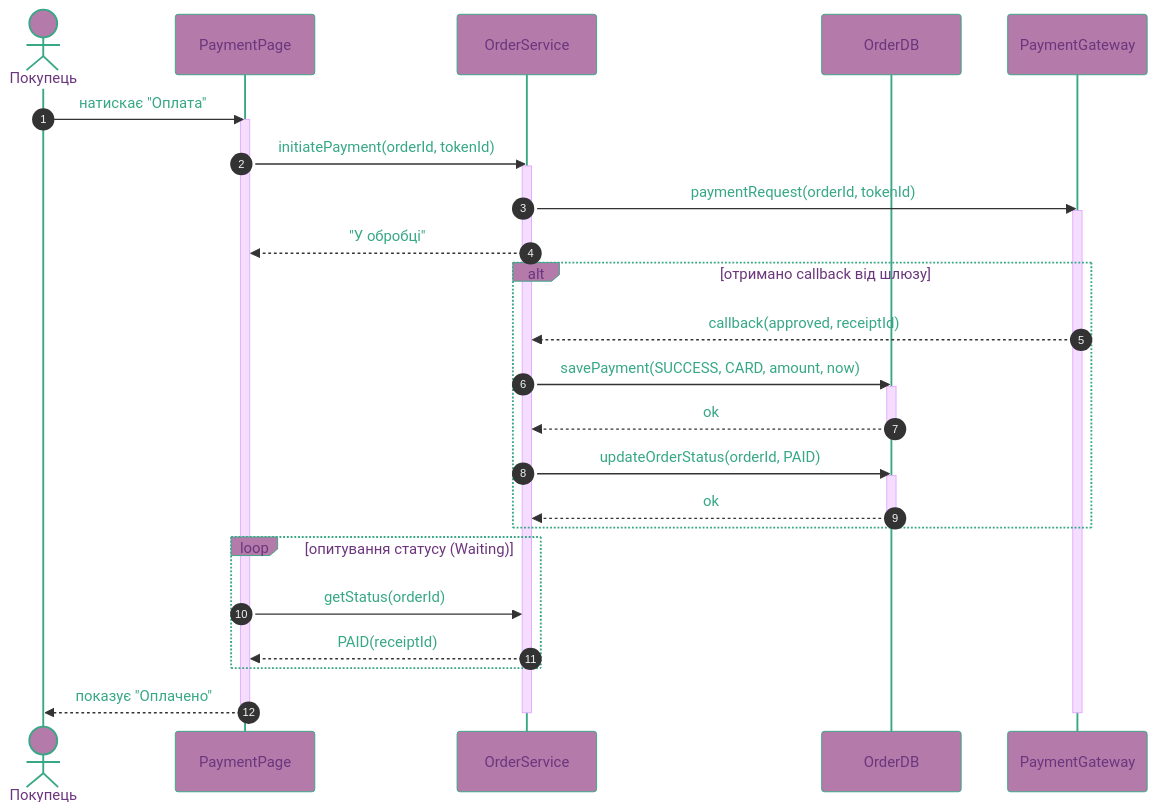
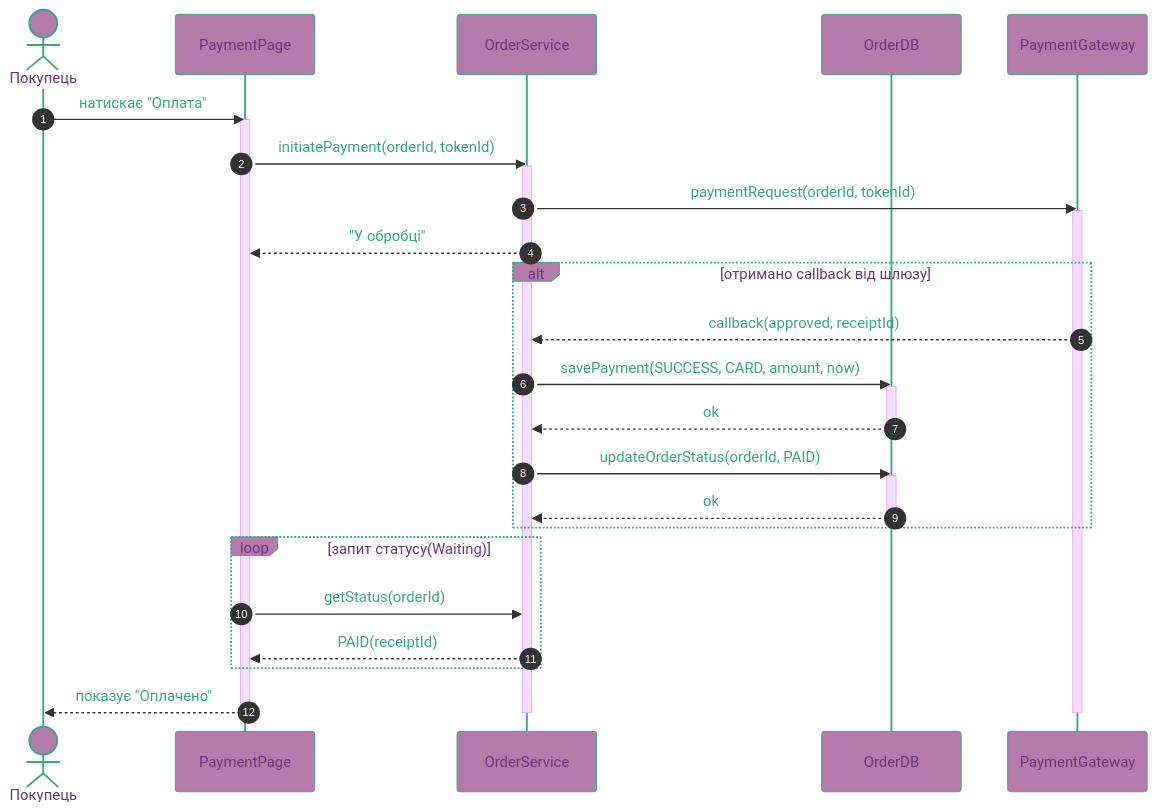
The first of 2 diagrams in lab3/spec.md (AriBlank/KPI-2-LABS), drawn with Mermaid before and after one commit. The commit also changed other lines of this file, not shown here.

Commit message:
додано sequence-діаграму для 2го сценарію

````diff
--- a/lab3/spec.md
+++ b/lab3/spec.md
@@ -66,42 +66,42 @@
 ```mermaid
 %%{init: {'theme': 'base', 'themeVariables': { 'actorBkg': '#b37aaa', 
 'actorBorder': '#37a785', 
 'actorTextColor': '#6b367d','signalTextColor': '#37a785' }}}%%
 sequenceDiagram
     autonumber
     actor C as Покупець
     participant UI as PaymentPage
     participant OS as OrderService
     participant DB as OrderDB
     participant GW as PaymentGateway
 
     C->>UI: натискає "Оплата"
     activate UI
     UI->>OS: initiatePayment(orderId, tokenId)
     activate OS
     OS->>GW: paymentRequest(orderId, tokenId)
     activate GW
     OS-->>UI: "У обробці"
 
     alt отримано callback від шлюзу
         GW-->>OS: callback(approved, receiptId)
         OS->>DB: savePayment(SUCCESS, CARD, amount, now)
         activate DB
         DB-->>OS: ok
         deactivate DB
         OS->>DB: updateOrderStatus(orderId, PAID)
         activate DB
         DB-->>OS: ok
         deactivate DB
     end
 
-    loop опитування статусу (Waiting)
+    loop запит статусу(Waiting)
         UI->>OS: getStatus(orderId)
         OS-->>UI: PAID(receiptId)
     end
 
     UI-->>C: показує "Оплачено"
     deactivate GW
     deactivate OS
     deactivate UI
 ```
````
